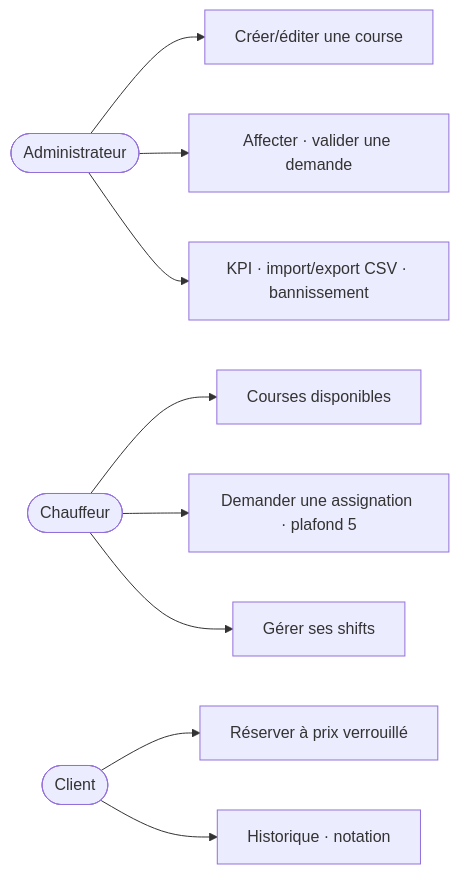
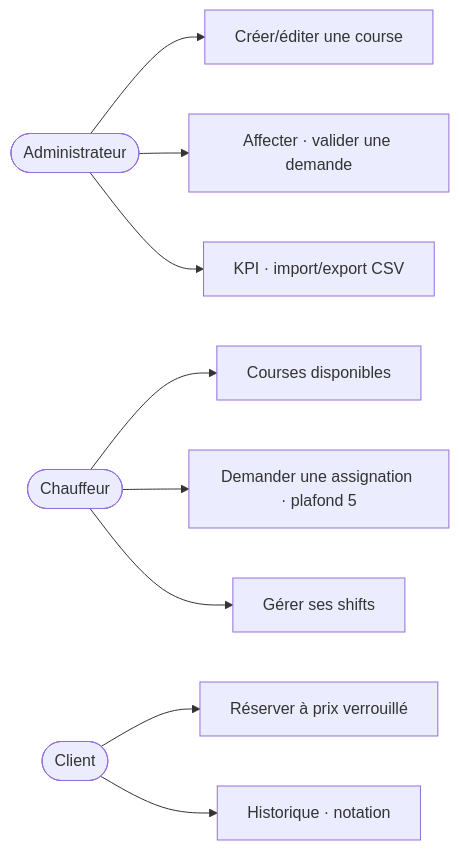
One commit to Mamoru-fr/AMT-Express changed the second of 9 diagrams in documents/dossiers/dossierProjet/v1-complet/dossierProjetRNCP.md. Above: the diagram before and after it, drawn with Mermaid. The commit also changed other lines of this file, not shown here.

Commit message:
docs(rncp): retrait des dernières mentions de l'activation manuelle des chauffeurs (OWASP A01, UC3)

````diff
--- a/documents/dossiers/dossierProjet/v1-complet/dossierProjetRNCP.md
+++ b/documents/dossiers/dossierProjet/v1-complet/dossierProjetRNCP.md
@@ -284,11 +284,11 @@
 ```mermaid
 flowchart LR
     Admin([Administrateur]) --> UC1[Créer/éditer une course]
     Admin --> UC2[Affecter · valider une demande]
-    Admin --> UC3[KPI · import/export CSV · bannissement]
+    Admin --> UC3[KPI · import/export CSV]
     Driver([Chauffeur]) --> UC4[Courses disponibles]
     Driver --> UC5[Demander une assignation · plafond 5]
     Driver --> UC6[Gérer ses shifts]
     Customer([Client]) --> UC7[Réserver à prix verrouillé]
     Customer --> UC8[Historique · notation]
 ```
````
